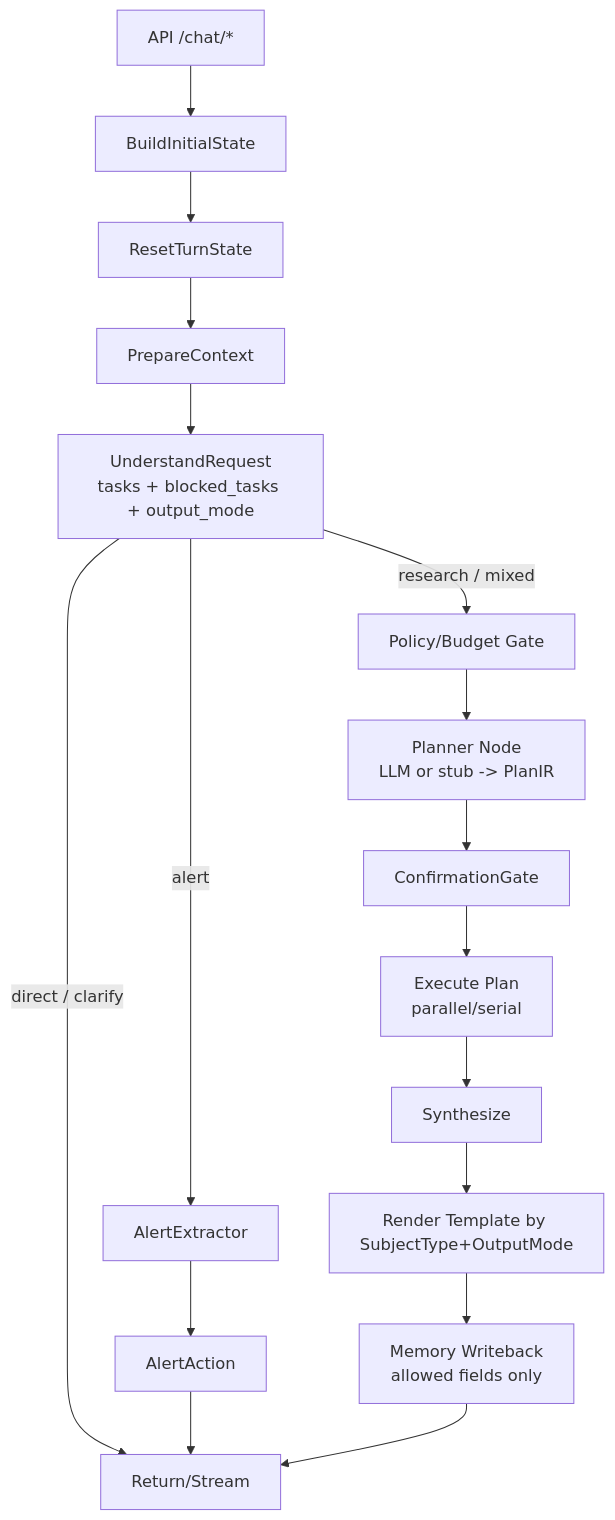
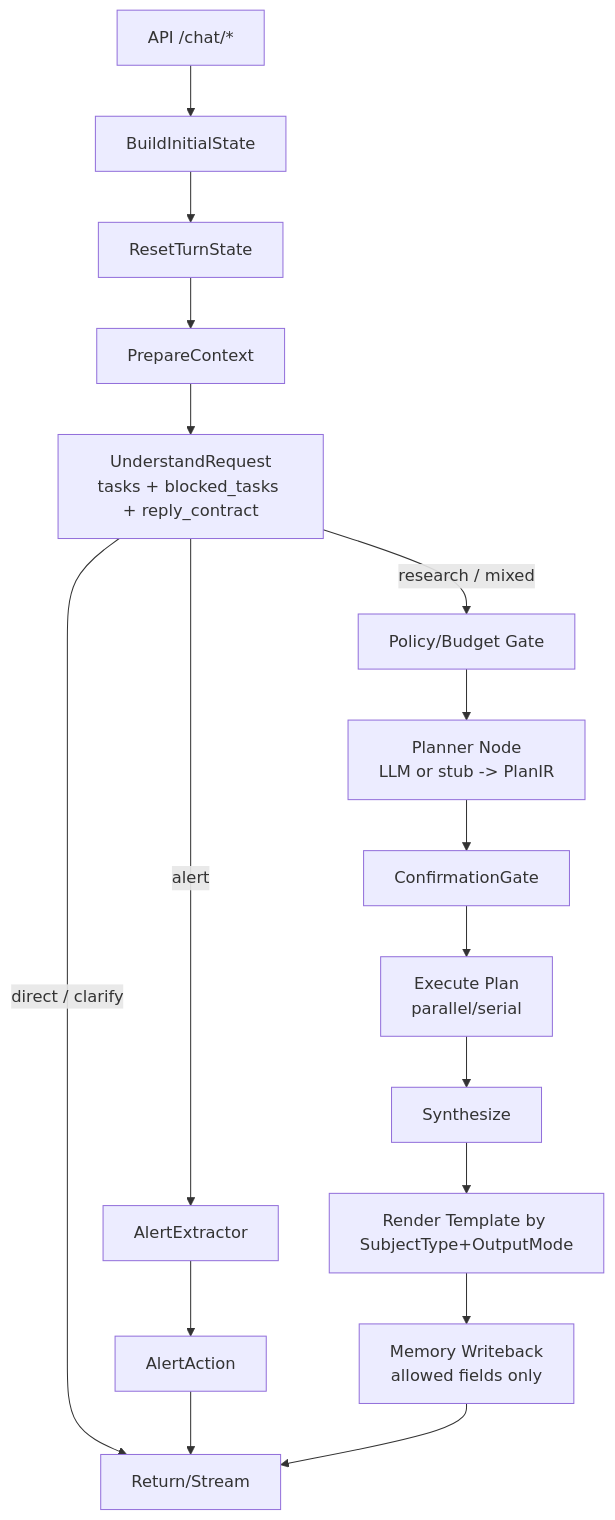
One commit to kkkano/FinSight changed the third of 4 diagrams in docs/06a_LANGGRAPH_DESIGN_SPEC.md. Above: the diagram before and after it, drawn with Mermaid. The commit also changed other lines of this file and 91 other files, not shown here.

````diff
--- a/docs/06a_LANGGRAPH_DESIGN_SPEC.md
+++ b/docs/06a_LANGGRAPH_DESIGN_SPEC.md
@@ -188,19 +202,19 @@
 ```mermaid
 flowchart TD
   A["API /chat/*"] --> B[BuildInitialState]
   B --> C[ResetTurnState]
   C --> D[PrepareContext]
-  D --> E["UnderstandRequest<br/>tasks + blocked_tasks + output_mode"]
+  D --> E["UnderstandRequest<br/>tasks + blocked_tasks + reply_contract"]
   E -- direct / clarify --> Z["Return/Stream"]
   E -- alert --> A1[AlertExtractor]
   A1 --> A2[AlertAction]
   A2 --> Z
   E -- research / mixed --> I["Policy/Budget Gate"]
   I --> P["Planner Node<br/>LLM or stub -> PlanIR"]
   P --> H[ConfirmationGate]
   H --> Q["Execute Plan<br/>parallel/serial"]
   Q --> S[Synthesize]
   S --> R["Render Template by SubjectType+OutputMode"]
   R --> M["Memory Writeback<br/>allowed fields only"]
   M --> Z
 ```
````
